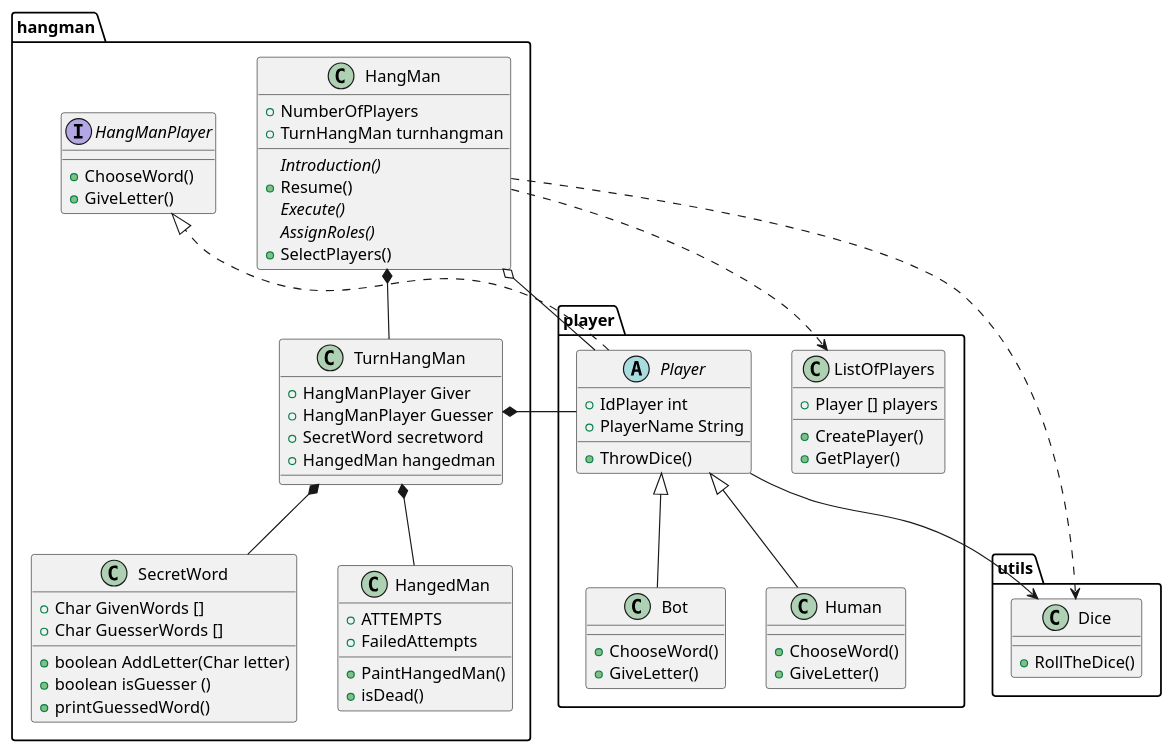
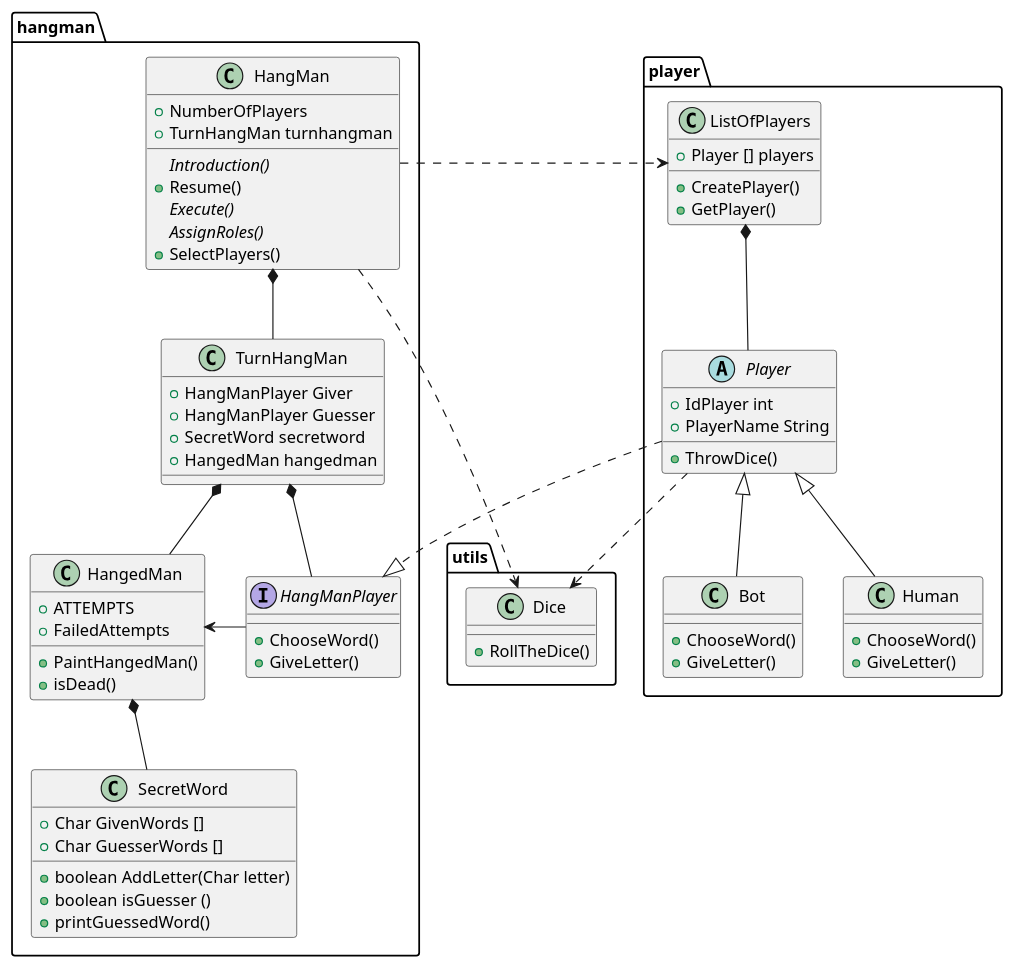
Before and after one commit to Gabs16TL/Games_Platform: the diagram in diagrams/ClassDiagramHangMan.wsd, drawn with PlantUML.

Commit message:
Se cambiaron las relaciones

```diff
--- a/diagrams/ClassDiagramHangMan.wsd
+++ b/diagrams/ClassDiagramHangMan.wsd
@@ -1,93 +1,85 @@
 @startuml
 
 package hangman {
+    class HangMan {
+        +NumberOfPlayers
+        +TurnHangMan turnhangman
+        {abstract}Introduction()
+        +Resume()
+        {abstract}Execute()
+        {abstract}AssignRoles()
+        +SelectPlayers()
+    }
+    class SecretWord {
+        +Char GivenWords []
+        +Char GuesserWords []
+        +boolean AddLetter(Char letter)
+        +boolean isGuesser ()
+        +printGuessedWord()
+    }
+    class TurnHangMan {
+        +HangManPlayer Giver
+        +HangManPlayer Guesser
+        +SecretWord secretword
+        +HangedMan hangedman
+    }
+    class HangedMan {   
+        +ATTEMPTS    
+        +FailedAttempts
+        +PaintHangedMan()
+        +isDead()
+    }
 
-class HangMan {
-    +NumberOfPlayers
-    +TurnHangMan turnhangman
-    {abstract}Introduction()
-    +Resume()
-    {abstract}Execute()
-    {abstract}AssignRoles()
-    +SelectPlayers()
-}
-
-class SecretWord {
-    +Char GivenWords []
-    +Char GuesserWords []
-    +boolean AddLetter(Char letter)
-    +boolean isGuesser ()
-    +printGuessedWord()
-}
-class TurnHangMan {
-    +HangManPlayer Giver
-    +HangManPlayer Guesser
-    +SecretWord secretword
-    +HangedMan hangedman
-}
-class HangedMan {   
-    +ATTEMPTS    
-    +FailedAttempts
-    +PaintHangedMan()
-    +isDead()
-}
-
-interface HangManPlayer {
-    +ChooseWord()
-    +GiveLetter()
-}
+    interface HangManPlayer {
+        +ChooseWord()
+        +GiveLetter()
+    }
 
 }
 
 package player {
-
-abstract class Player {
-    +IdPlayer int
-    +PlayerName String
-    +ThrowDice()
-}
-
-class ListOfPlayers {
-    +Player [] players
-    +CreatePlayer()
-    +GetPlayer()
-}
-
-
-class Bot {
-    +ChooseWord()
-    +GiveLetter()
-}
-class Human {
-    +ChooseWord()
-    +GiveLetter()
-}
-
+    abstract class Player {
+        +IdPlayer int
+        +PlayerName String
+        +ThrowDice()
+    }
+    class ListOfPlayers {
+        +Player [] players
+        +CreatePlayer()
+        +GetPlayer()
+    }
+    class Bot {
+        +ChooseWord()
+        +GiveLetter()
+    }
+    class Human {
+        +ChooseWord()
+        +GiveLetter()
+    }
 }
 
 package utils {
-
-class Dice {
-    +RollTheDice()
+    class Dice {
+        +RollTheDice()
+    }
 }
 
-}
+HangMan *--TurnHangMan
+HangMan ..> ListOfPlayers
+HangMan ..> Dice
 
-
-
-
-HangMan o-- Player
-HangMan *--TurnHangMan
-TurnHangMan*-- SecretWord
-TurnHangMan*-- HangedMan
 Player <|-- Bot
 Player <|-- Human
-Player ..|>HangManPlayer
-TurnHangMan *-- Player
+Player ..|> HangManPlayer
+Player ..> Dice
 
-Player-->Dice
+TurnHangMan *-- HangedMan
+TurnHangMan *-- HangManPlayer
 
-HangMan ..> ListOfPlayers
-HangMan ..>Dice
+HangedMan *-- SecretWord
+
+HangManPlayer -left-> HangedMan
+
+ListOfPlayers *-- Player
 
 @enduml
```
